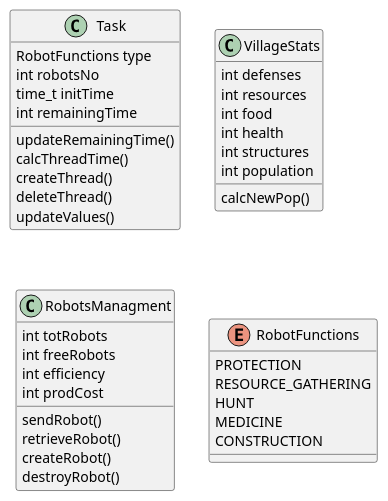
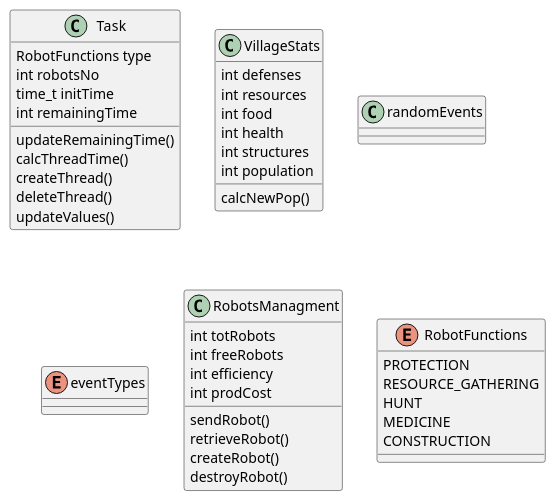
The diagram in extras/uml.wsd (AraujoVE/OSRobotsGame), drawn with PlantUML before and after one commit. The commit also changed 6 other files, not shown here.

```diff
--- a/extras/uml.wsd
+++ b/extras/uml.wsd
@@ -1,43 +1,49 @@
 @startuml
 
 class Task{
     RobotFunctions type
     int robotsNo
     time_t initTime
     int remainingTime
 
     updateRemainingTime()
     calcThreadTime()
     createThread()
     deleteThread()
     updateValues()
 }
 class VillageStats{
     int defenses
     int resources
     int food     
     int health
     int structures
     int population
 
     calcNewPop()
 }
+class randomEvents{
+
+}
+enum eventTypes{
+
+}
 class RobotsManagment{
     int totRobots
     int freeRobots
     int efficiency
     int prodCost
 
     sendRobot()
     retrieveRobot()
     createRobot()
     destroyRobot()
 }
 enum RobotFunctions{
     PROTECTION
     RESOURCE_GATHERING
     HUNT
     MEDICINE
     CONSTRUCTION
 }
 @enduml
```
